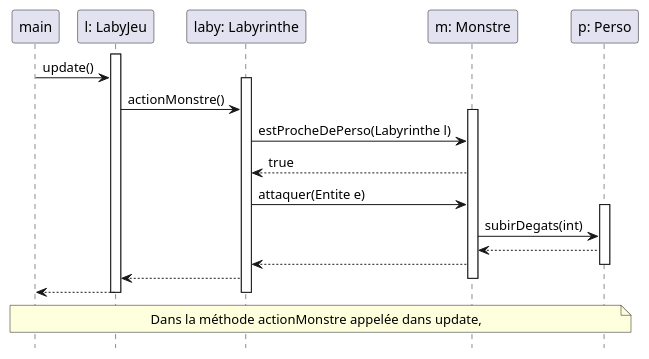
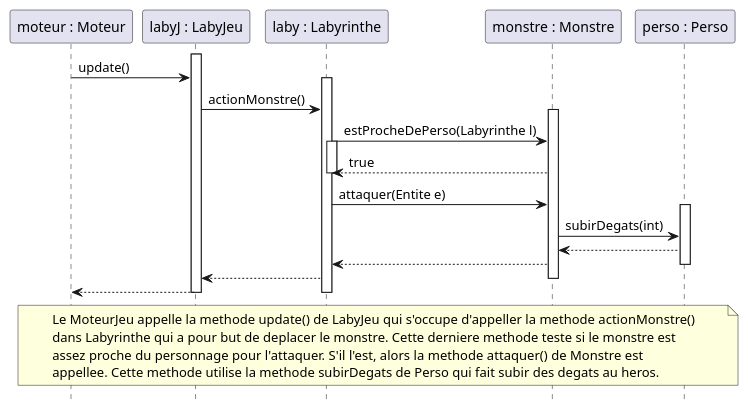
One commit to Erwanquilliou/2024_Zeldiablo_quilliou2u_leveque58u changed the diagram in zeldiablo/documents/version_2/diagseq_attaquePersoProche.puml. Above: the diagram before and after it, drawn with PlantUML. The commit also changed 5 other files, not shown here.

Commit message:
diagrammes v2 commentes et affines

```diff
--- a/zeldiablo/documents/version_2/diagseq_attaquePersoProche.puml
+++ b/zeldiablo/documents/version_2/diagseq_attaquePersoProche.puml
@@ -1,38 +1,37 @@
 @startuml
 hide footbox
 
-participant "main" as m
-participant "l: LabyJeu" as lj
-participant "laby: Labyrinthe" as lb
-participant "m: Monstre" as ms
-participant "p: Perso" as p
+participant "moteur : Moteur" as m
+participant "labyJ : LabyJeu" as lj
+participant "laby : Labyrinthe" as lb
+participant "monstre : Monstre" as ms
+participant "perso : Perso" as p
+
 activate lj
-m -> lj : update()
-
-activate lb
-lj -> lb : actionMonstre()
-activate ms
-lb -> ms : estProcheDePerso(Labyrinthe l)
-ms --> lb : true
-
-
-lb -> ms : attaquer(Entite e)
-activate p
-ms -> p : subirDegats(int)
-
-p --> ms
-
-ms --> lb
-deactivate p
-
-lb --> lj
-deactivate ms
-
-lj --> m
-deactivate lb
+    m -> lj : update()
+    activate lb
+        lj -> lb : actionMonstre()
+        activate ms
+            lb -> ms : estProcheDePerso(Labyrinthe l)
+            activate lb
+                ms --> lb : true
+            deactivate lb
+            lb -> ms : attaquer(Entite e)
+            activate p
+                ms -> p : subirDegats(int)
+                p --> ms
+                ms --> lb
+            deactivate p
+            lb --> lj
+        deactivate ms
+        lj --> m
+    deactivate lb
 deactivate lj
 
 note across
-Dans la méthode actionMonstre appelée dans update,
+Le MoteurJeu appelle la methode update() de LabyJeu qui s'occupe d'appeller la methode actionMonstre()
+dans Labyrinthe qui a pour but de deplacer le monstre. Cette derniere methode teste si le monstre est
+assez proche du personnage pour l'attaquer. S'il l'est, alors la methode attaquer() de Monstre est
+appellee. Cette methode utilise la methode subirDegats de Perso qui fait subir des degats au heros.
 end note
 @enduml
```
